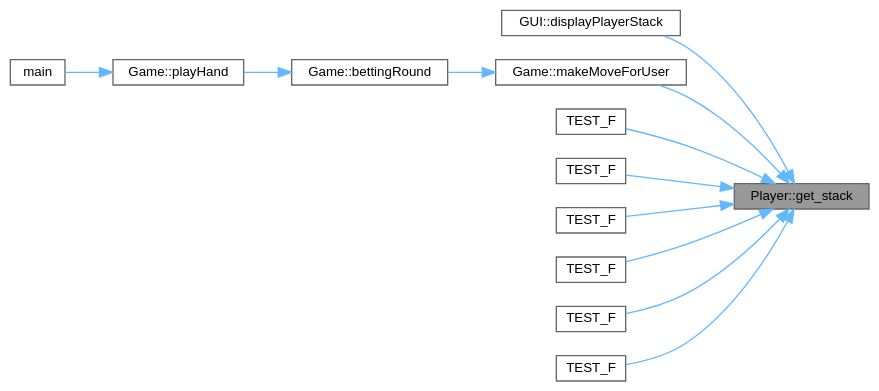
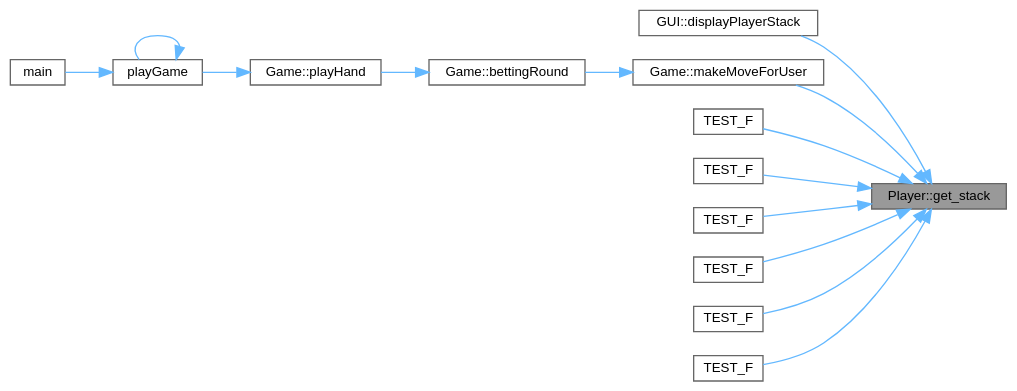
The diagram in class_player_aca2f65a65461c322a0563ae0482be213_icgraph.dot (jesstyrrell/cosc345), drawn with Graphviz before and after one commit. The commit also changed 182 other files, not shown here.

```diff
--- a/class_player_aca2f65a65461c322a0563ae0482be213_icgraph.dot
+++ b/class_player_aca2f65a65461c322a0563ae0482be213_icgraph.dot
@@ -1,32 +1,35 @@
 digraph "Player::get_stack"
 {
  // INTERACTIVE_SVG=YES
  // LATEX_PDF_SIZE
   bgcolor="transparent";
   edge [fontname=Helvetica,fontsize=10,labelfontname=Helvetica,labelfontsize=10];
   node [fontname=Helvetica,fontsize=10,shape=box,height=0.2,width=0.4];
   rankdir="RL";
   Node1 [id="Node000001",label="Player::get_stack",height=0.2,width=0.4,color="gray40", fillcolor="grey60", style="filled", fontcolor="black",tooltip="Gets the current stack of the player."];
   Node1 -> Node2 [id="edge1_Node000001_Node000002",dir="back",color="steelblue1",style="solid",tooltip=" "];
   Node2 [id="Node000002",label="GUI::displayPlayerStack",height=0.2,width=0.4,color="grey40", fillcolor="white", style="filled",URL="$class_g_u_i.html#ad32a7ec45a881658fe14659ec3ce1ed3",tooltip="Displays the current chip stack of a player."];
   Node1 -> Node3 [id="edge2_Node000001_Node000003",dir="back",color="steelblue1",style="solid",tooltip=" "];
   Node3 [id="Node000003",label="Game::makeMoveForUser",height=0.2,width=0.4,color="grey40", fillcolor="white", style="filled",URL="$class_game.html#a1a44850a64799e17f43f22b560275157",tooltip="Processes a move made by the user."];
   Node3 -> Node4 [id="edge3_Node000003_Node000004",dir="back",color="steelblue1",style="solid",tooltip=" "];
   Node4 [id="Node000004",label="Game::bettingRound",height=0.2,width=0.4,color="grey40", fillcolor="white", style="filled",URL="$class_game.html#a0de5cbe2125b0929a0bc8d2e6cdd64d5",tooltip="Conducts a betting round."];
   Node4 -> Node5 [id="edge4_Node000004_Node000005",dir="back",color="steelblue1",style="solid",tooltip=" "];
   Node5 [id="Node000005",label="Game::playHand",height=0.2,width=0.4,color="grey40", fillcolor="white", style="filled",URL="$class_game.html#ab72401c43b303a37dec67f3d6b75a927",tooltip="Plays a single hand of poker."];
   Node5 -> Node6 [id="edge5_Node000005_Node000006",dir="back",color="steelblue1",style="solid",tooltip=" "];
-  Node6 [id="Node000006",label="main",height=0.2,width=0.4,color="grey40", fillcolor="white", style="filled",URL="$main_8cpp.html#a0ddf1224851353fc92bfbff6f499fa97",tooltip=" "];
-  Node1 -> Node7 [id="edge6_Node000001_Node000007",dir="back",color="steelblue1",style="solid",tooltip=" "];
-  Node7 [id="Node000007",label="TEST_F",height=0.2,width=0.4,color="grey40", fillcolor="white", style="filled",URL="$test___human_player_8cc.html#a7076a3a0b24e0d759867c23f35caf8f7",tooltip=" "];
-  Node1 -> Node8 [id="edge7_Node000001_Node000008",dir="back",color="steelblue1",style="solid",tooltip=" "];
-  Node8 [id="Node000008",label="TEST_F",height=0.2,width=0.4,color="grey40", fillcolor="white", style="filled",URL="$test___player_8cc.html#a2c22c2497f5ea5e8ee5f6c19eebaf8be",tooltip=" "];
-  Node1 -> Node9 [id="edge8_Node000001_Node000009",dir="back",color="steelblue1",style="solid",tooltip=" "];
-  Node9 [id="Node000009",label="TEST_F",height=0.2,width=0.4,color="grey40", fillcolor="white", style="filled",URL="$test___player_8cc.html#a1fca5239cc7f65acbabbdcd829772a3c",tooltip=" "];
-  Node1 -> Node10 [id="edge9_Node000001_Node000010",dir="back",color="steelblue1",style="solid",tooltip=" "];
-  Node10 [id="Node000010",label="TEST_F",height=0.2,width=0.4,color="grey40", fillcolor="white", style="filled",URL="$test___player_8cc.html#a3313d014406d3ddbea6c70e2909b54bf",tooltip=" "];
-  Node1 -> Node11 [id="edge10_Node000001_Node000011",dir="back",color="steelblue1",style="solid",tooltip=" "];
-  Node11 [id="Node000011",label="TEST_F",height=0.2,width=0.4,color="grey40", fillcolor="white", style="filled",URL="$test___player_8cc.html#af0089084c938adb223bc8dd572b8529f",tooltip=" "];
-  Node1 -> Node12 [id="edge11_Node000001_Node000012",dir="back",color="steelblue1",style="solid",tooltip=" "];
-  Node12 [id="Node000012",label="TEST_F",height=0.2,width=0.4,color="grey40", fillcolor="white", style="filled",URL="$test___player_8cc.html#a5640485ed793ffec68fac7ba06da7169",tooltip=" "];
+  Node6 [id="Node000006",label="playGame",height=0.2,width=0.4,color="grey40", fillcolor="white", style="filled",URL="$main_8cpp.html#a4cbfdb17bf51e00546880626f7e80429",tooltip=" "];
+  Node6 -> Node7 [id="edge6_Node000006_Node000007",dir="back",color="steelblue1",style="solid",tooltip=" "];
+  Node7 [id="Node000007",label="main",height=0.2,width=0.4,color="grey40", fillcolor="white", style="filled",URL="$main_8cpp.html#a0ddf1224851353fc92bfbff6f499fa97",tooltip=" "];
+  Node6 -> Node6 [id="edge7_Node000006_Node000006",dir="back",color="steelblue1",style="solid",tooltip=" "];
+  Node1 -> Node8 [id="edge8_Node000001_Node000008",dir="back",color="steelblue1",style="solid",tooltip=" "];
+  Node8 [id="Node000008",label="TEST_F",height=0.2,width=0.4,color="grey40", fillcolor="white", style="filled",URL="$test___human_player_8cc.html#a7076a3a0b24e0d759867c23f35caf8f7",tooltip=" "];
+  Node1 -> Node9 [id="edge9_Node000001_Node000009",dir="back",color="steelblue1",style="solid",tooltip=" "];
+  Node9 [id="Node000009",label="TEST_F",height=0.2,width=0.4,color="grey40", fillcolor="white", style="filled",URL="$test___player_8cc.html#a2c22c2497f5ea5e8ee5f6c19eebaf8be",tooltip=" "];
+  Node1 -> Node10 [id="edge10_Node000001_Node000010",dir="back",color="steelblue1",style="solid",tooltip=" "];
+  Node10 [id="Node000010",label="TEST_F",height=0.2,width=0.4,color="grey40", fillcolor="white", style="filled",URL="$test___player_8cc.html#a1fca5239cc7f65acbabbdcd829772a3c",tooltip=" "];
+  Node1 -> Node11 [id="edge11_Node000001_Node000011",dir="back",color="steelblue1",style="solid",tooltip=" "];
+  Node11 [id="Node000011",label="TEST_F",height=0.2,width=0.4,color="grey40", fillcolor="white", style="filled",URL="$test___player_8cc.html#a3313d014406d3ddbea6c70e2909b54bf",tooltip=" "];
+  Node1 -> Node12 [id="edge12_Node000001_Node000012",dir="back",color="steelblue1",style="solid",tooltip=" "];
+  Node12 [id="Node000012",label="TEST_F",height=0.2,width=0.4,color="grey40", fillcolor="white", style="filled",URL="$test___player_8cc.html#af0089084c938adb223bc8dd572b8529f",tooltip=" "];
+  Node1 -> Node13 [id="edge13_Node000001_Node000013",dir="back",color="steelblue1",style="solid",tooltip=" "];
+  Node13 [id="Node000013",label="TEST_F",height=0.2,width=0.4,color="grey40", fillcolor="white", style="filled",URL="$test___player_8cc.html#a5640485ed793ffec68fac7ba06da7169",tooltip=" "];
 }
```
